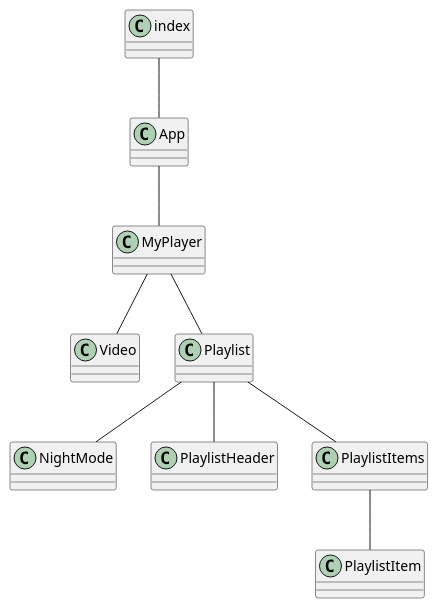
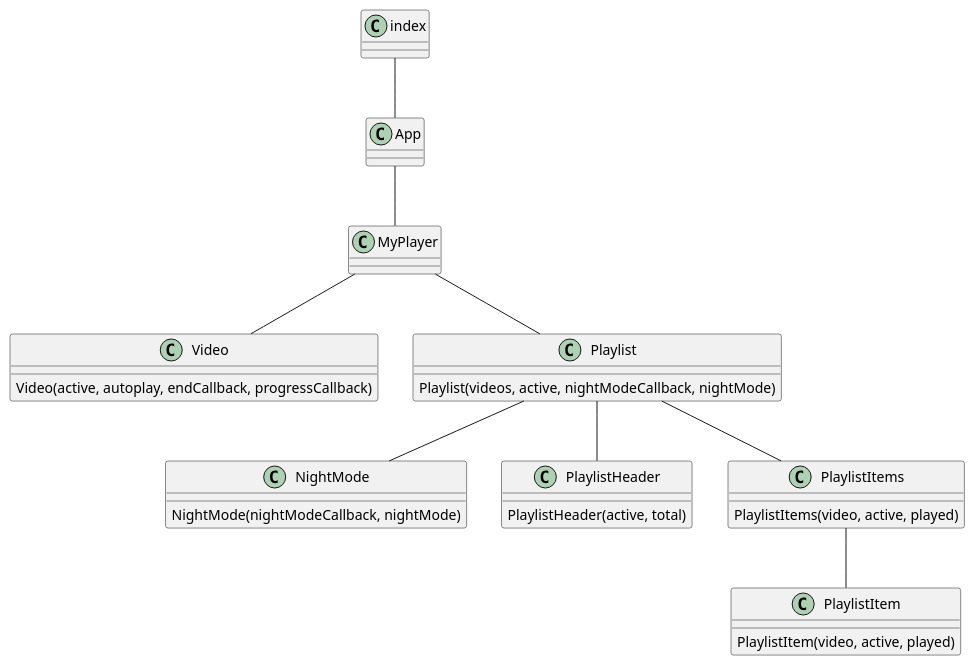
One commit to 4may/ReactHooks changed the diagram in architecture.pu. Above: the diagram before and after it, drawn with PlantUML.

Commit message:
各コンポーネント間で伝搬されるpropertyを明示

```diff
--- a/architecture.pu
+++ b/architecture.pu
@@ -1,12 +1,18 @@
 @startuml
 
 index -- App
 App -- MyPlayer
 MyPlayer -- Video
 MyPlayer -- Playlist
 Playlist -- NightMode
 Playlist -- PlaylistHeader
 Playlist -- PlaylistItems
 PlaylistItems -- PlaylistItem
 
+Video : Video(active, autoplay, endCallback, progressCallback)
+Playlist : Playlist(videos, active, nightModeCallback, nightMode)
+NightMode : NightMode(nightModeCallback, nightMode)
+PlaylistHeader : PlaylistHeader(active, total)
+PlaylistItems : PlaylistItems(video, active, played)
+PlaylistItem : PlaylistItem(video, active, played)
 @enduml
```
